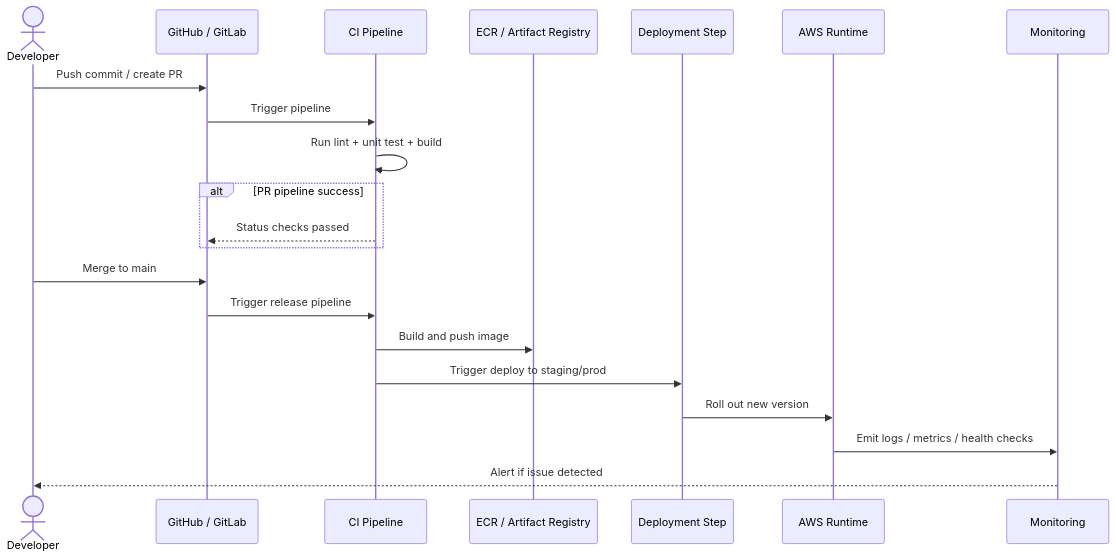
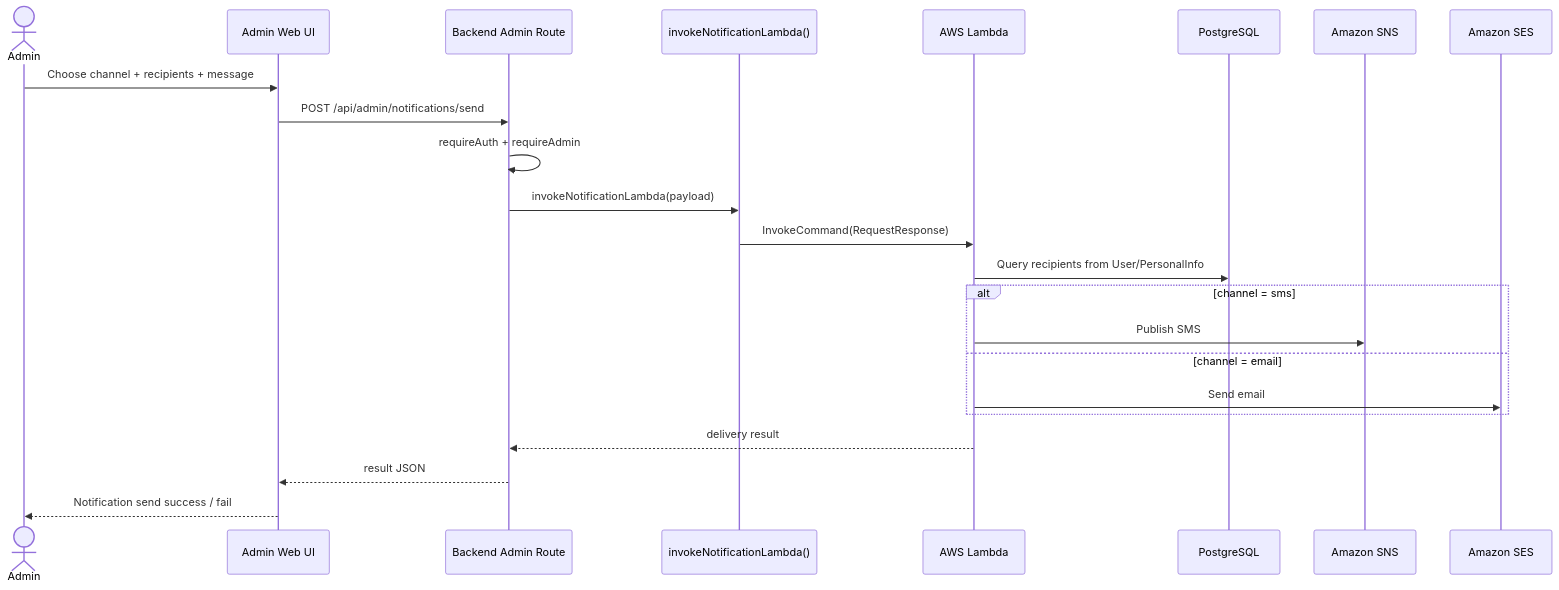
The sixth of 8 diagrams in diagram.md (Hikaru2035/student-timetable), drawn with Mermaid before and after one commit. The commit also changed other lines of this file, not shown here.

First line of the commit message:
Revise architecture diagrams for student timetable system

````diff
--- a/diagram.md
+++ b/diagram.md
@@ -343,24 +224,26 @@
 ```mermaid
 sequenceDiagram
-    actor Dev as Developer
-    participant Git as GitHub / GitLab
-    participant CI as CI Pipeline
-    participant Registry as ECR / Artifact Registry
-    participant Deploy as Deployment Step
-    participant App as AWS Runtime
-    participant Monitor as Monitoring
+    actor Admin
+    participant FE as Admin Web UI
+    participant API as Backend Admin Route
+    participant LambdaSvc as invokeNotificationLambda()
+    participant Lambda as AWS Lambda
+    participant DB as PostgreSQL
+    participant SNS as Amazon SNS
+    participant SES as Amazon SES
 
-    Dev->>Git: Push commit / create PR
-    Git->>CI: Trigger pipeline
-    CI->>CI: Run lint + unit test + build
-    alt PR pipeline success
-        CI-->>Git: Status checks passed
+    Admin->>FE: Choose channel + recipients + message
+    FE->>API: POST /api/admin/notifications/send
+    API->>API: requireAuth + requireAdmin
+    API->>LambdaSvc: invokeNotificationLambda(payload)
+    LambdaSvc->>Lambda: InvokeCommand(RequestResponse)
+    Lambda->>DB: Query recipients from User/PersonalInfo
+    alt channel = sms
+        Lambda->>SNS: Publish SMS
+    else channel = email
+        Lambda->>SES: Send email
     end
-    Dev->>Git: Merge to main
-    Git->>CI: Trigger release pipeline
-    CI->>Registry: Build and push image
-    CI->>Deploy: Trigger deploy to staging/prod
-    Deploy->>App: Roll out new version
-    App->>Monitor: Emit logs / metrics / health checks
-    Monitor-->>Dev: Alert if issue detected
+    Lambda-->>API: delivery result
+    API-->>FE: result JSON
+    FE-->>Admin: Notification send success / fail
 ```
````
